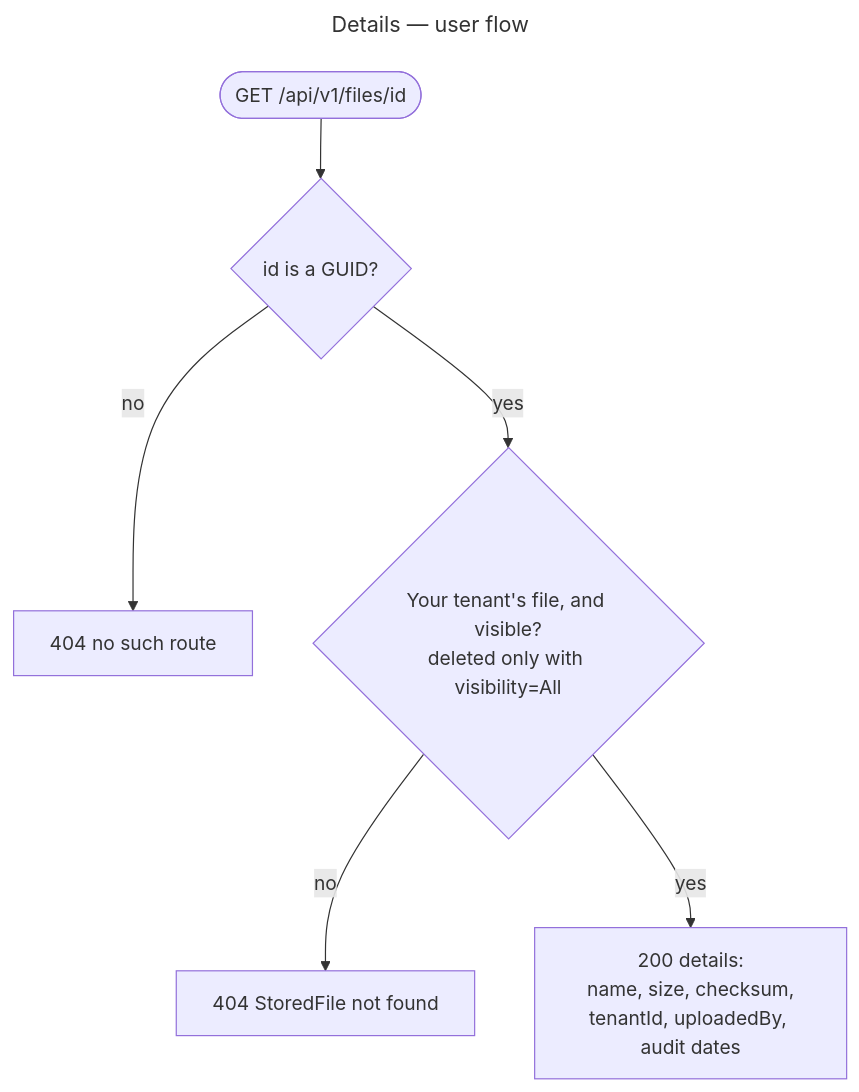
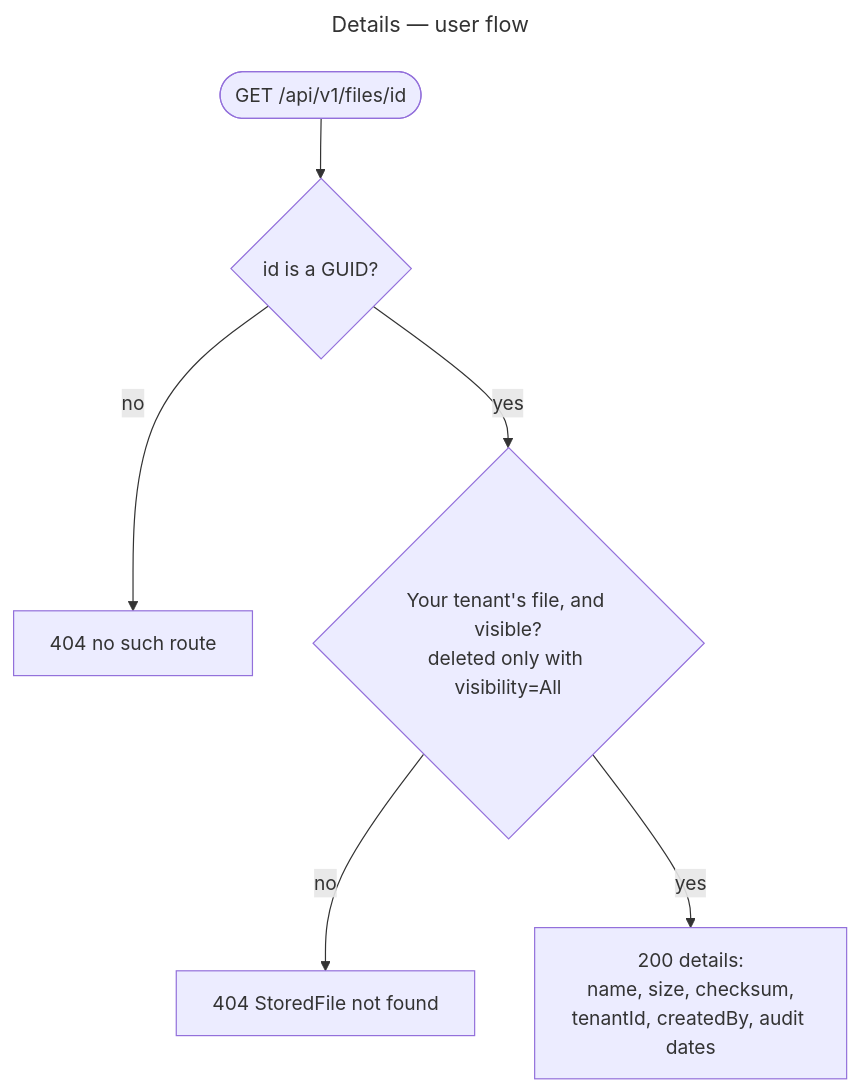
One commit to gmetskhvarishvili/GM.FileStorage.Samples changed the sixth of 11 diagrams in docs/user-flows.md. Above: the diagram before and after it, drawn with Mermaid. The commit also changed 9 other files, not shown here.

First line of the commit message:
refactor!: the uploader is createdBy, mapped by name

````diff
--- a/docs/user-flows.md
+++ b/docs/user-flows.md
@@ -154,11 +154,11 @@
 ```mermaid
 ---
 title: Details — user flow
 ---
 flowchart TD
     start([GET /api/v1/files/id]) --> guid{id is a GUID?}
     guid -- no --> n404[404 no such route]
     guid -- yes --> exists{Your tenant's file, and visible?<br/>deleted only with visibility=All}
     exists -- no --> f404[404 StoredFile not found]
-    exists -- yes --> ok[200 details:<br/>name, size, checksum,<br/>tenantId, uploadedBy, audit dates]
+    exists -- yes --> ok[200 details:<br/>name, size, checksum,<br/>tenantId, createdBy, audit dates]
 ```
````
